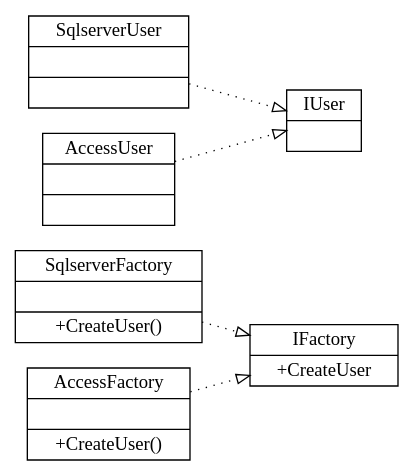
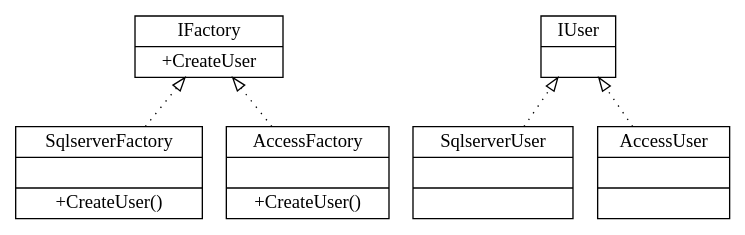
One commit to wangyanweigithub/code_base changed the diagram in dot/a.dot. Above: the diagram before and after it, drawn with Graphviz. The commit also changed 3 other files, not shown here.

```diff
--- a/dot/a.dot
+++ b/dot/a.dot
@@ -1,25 +1,23 @@
 digraph ifactory {
 	node[shape=record];
-	rankdir=LR;
+	rankdir=BT;
 
 	subgraph one{
-		rankdir=TB;
-		IFactory[label="IFactory|+CreateUser"];
-		SqlserverFactory[label="SqlserverFactory| |+CreateUser()"];
-		AccessFactory[label="AccessFactory| |+CreateUser()"]
+		IFactory[label="{IFactory|+CreateUser}"];
+		SqlserverFactory[label="{SqlserverFactory| |+CreateUser()}"];
+		AccessFactory[label="{AccessFactory| |+CreateUser()}"]
 		AccessFactory->IFactory[arrowhead=onormal,style=dotted];
 		SqlserverFactory->IFactory[arrowhead=onormal,style=dotted];
 	}
 
 	subgraph two {
-		rankdir=TB;
-		IUser[label="IUser|"];
-		SqlserverUser[label="SqlserverUser| |"];
-		AccessUser[label="AccessUser| |"]
+		IUser[label="{IUser|}"];
+		SqlserverUser[label="{SqlserverUser| |}"];
+		AccessUser[label="{AccessUser| |}"]
 		AccessUser->IUser[arrowhead=onormal,style=dotted];
 		SqlserverUser->IUser[arrowhead=onormal,style=dotted];
 	}
 
 	//SqlserverFactory->SqlserverUser[style=dotted];
 	//AccessFactory->AccessUser[style=dotted];
 }
```
